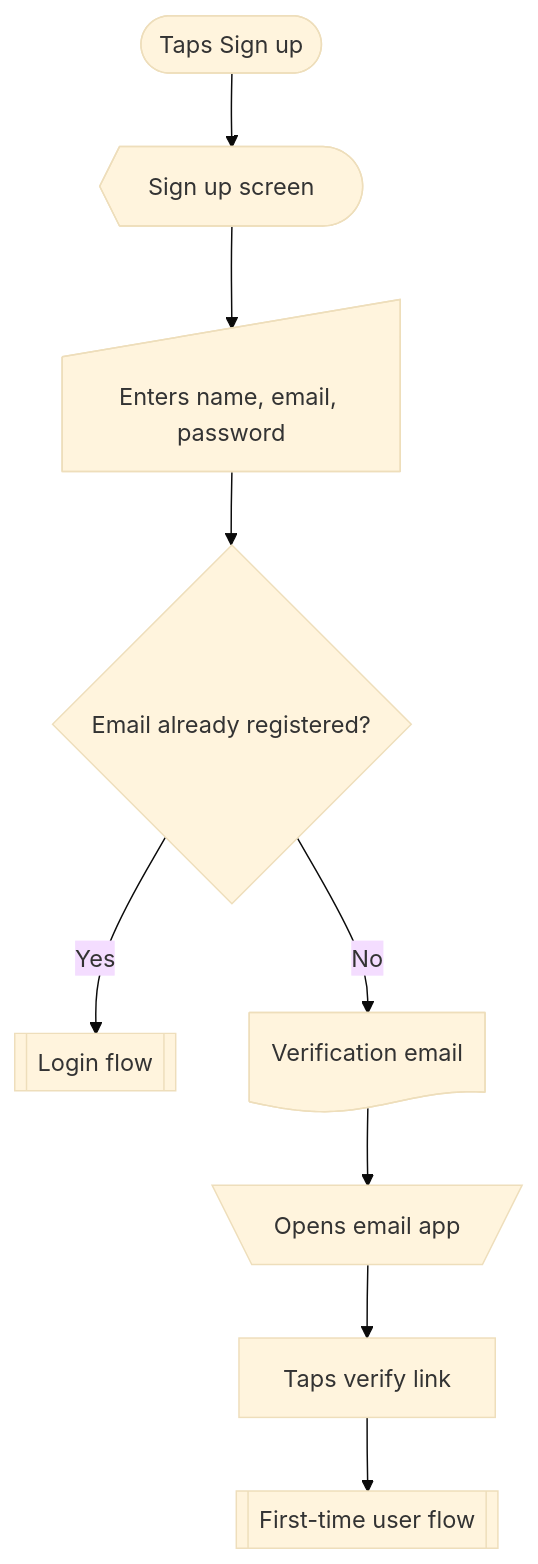
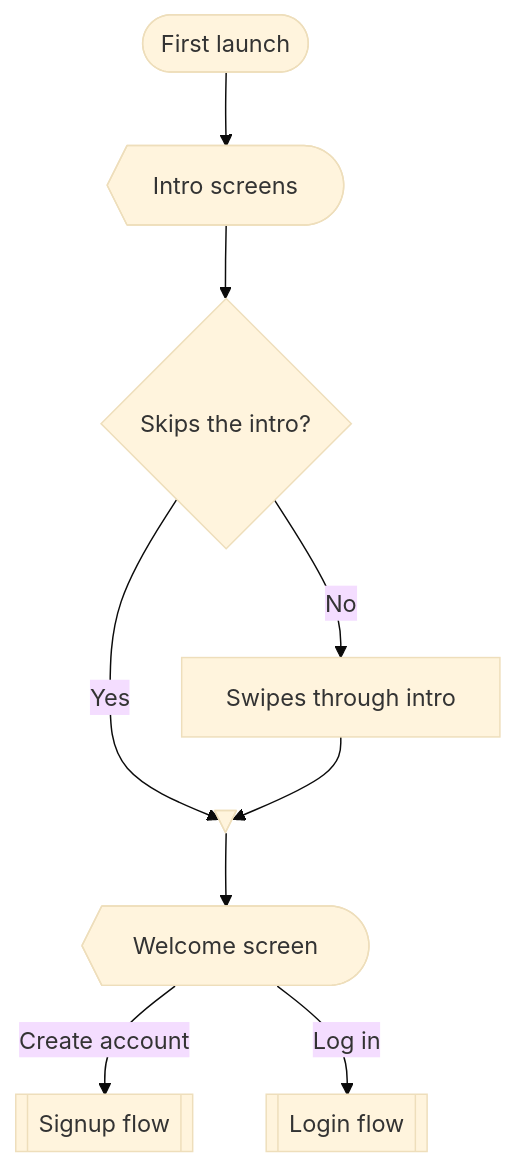
The third of 7 diagrams in references/flows.md (yoursharif/mermaid-userflow-diagram), drawn with Mermaid (base theme) before and after one commit. The commit also changed other lines of this file, not shown here.

````diff
--- a/references/flows.md
+++ b/references/flows.md
@@ -77,21 +82,20 @@
 ```mermaid
 flowchart TD
-  startSignup@{ shape: stadium, label: "Taps Sign up" }
-  scrSignup@{ shape: curv-trap, label: "Sign up screen" }
-  inDetails@{ shape: sl-rect, label: "Enters name, email, password" }
-  decRegistered@{ shape: diam, label: "Email already registered?" }
+  startWelcome@{ shape: stadium, label: "First launch" }
+  scrIntro@{ shape: curv-trap, label: "Intro screens" }
+  decSkip@{ shape: diam, label: "Skips the intro?" }
+  actSwipe@{ shape: rect, label: "Swipes through intro" }
+  mergeIntro@{ shape: flip-tri, label: " " }
+  scrWelcome@{ shape: curv-trap, label: "Welcome screen" }
+  subSignup@{ shape: fr-rect, label: "Signup flow" }
   subLogin@{ shape: fr-rect, label: "Login flow" }
-  docVerify@{ shape: doc, label: "Verification email" }
-  manOpenEmail@{ shape: trap-t, label: "Opens email app" }
-  actTapLink@{ shape: rect, label: "Taps verify link" }
-  subFirstTime@{ shape: fr-rect, label: "First-time user flow" }
 
-  startSignup --> scrSignup
-  scrSignup --> inDetails
-  inDetails --> decRegistered
-  decRegistered -->|Yes| subLogin
-  decRegistered -->|No| docVerify
-  docVerify --> manOpenEmail
-  manOpenEmail --> actTapLink
-  actTapLink --> subFirstTime
+  startWelcome --> scrIntro
+  scrIntro --> decSkip
+  decSkip -->|No| actSwipe
+  decSkip -->|Yes| mergeIntro
+  actSwipe --> mergeIntro
+  mergeIntro --> scrWelcome
+  scrWelcome -->|Create account| subSignup
+  scrWelcome -->|Log in| subLogin
 ```
````
